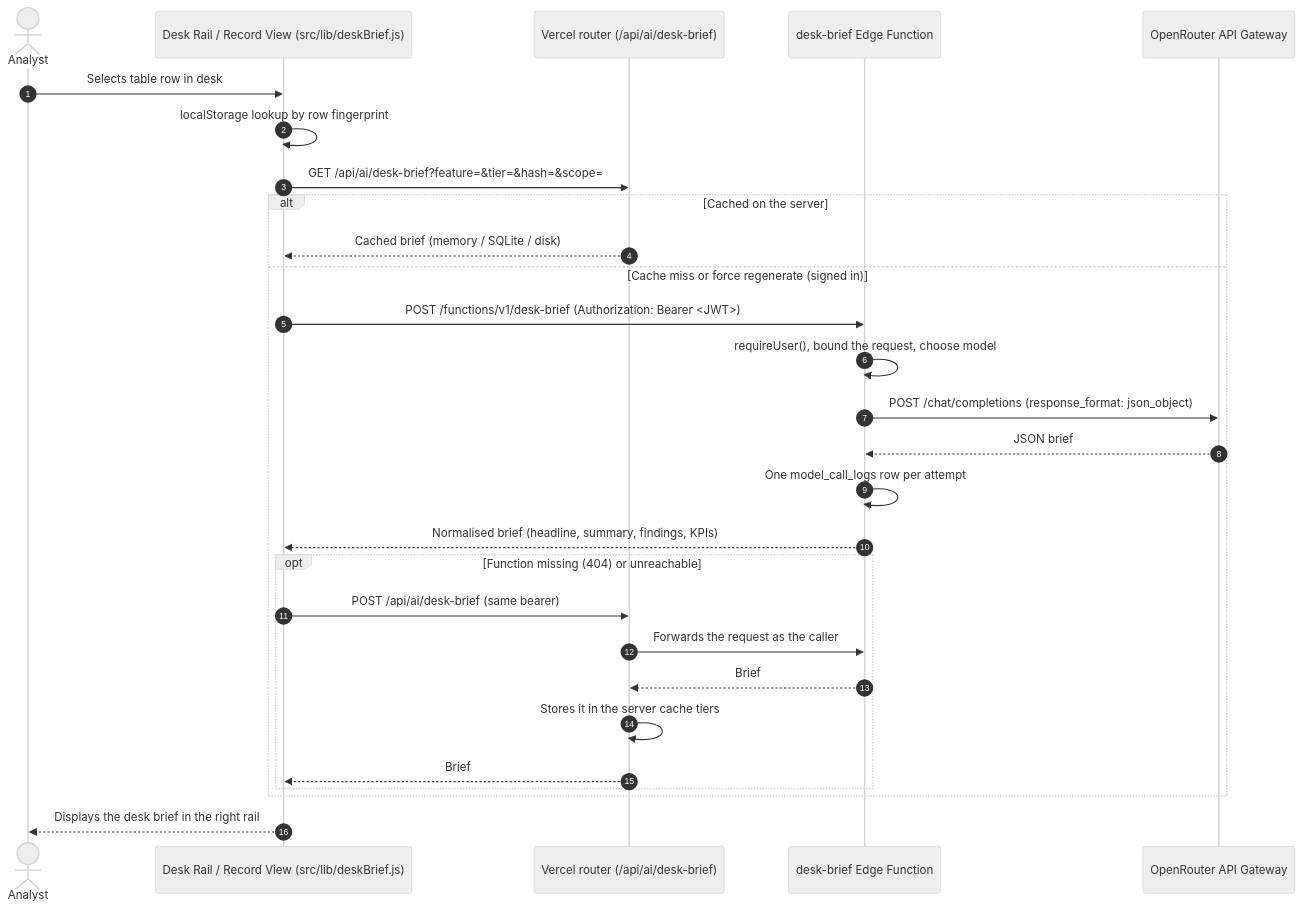
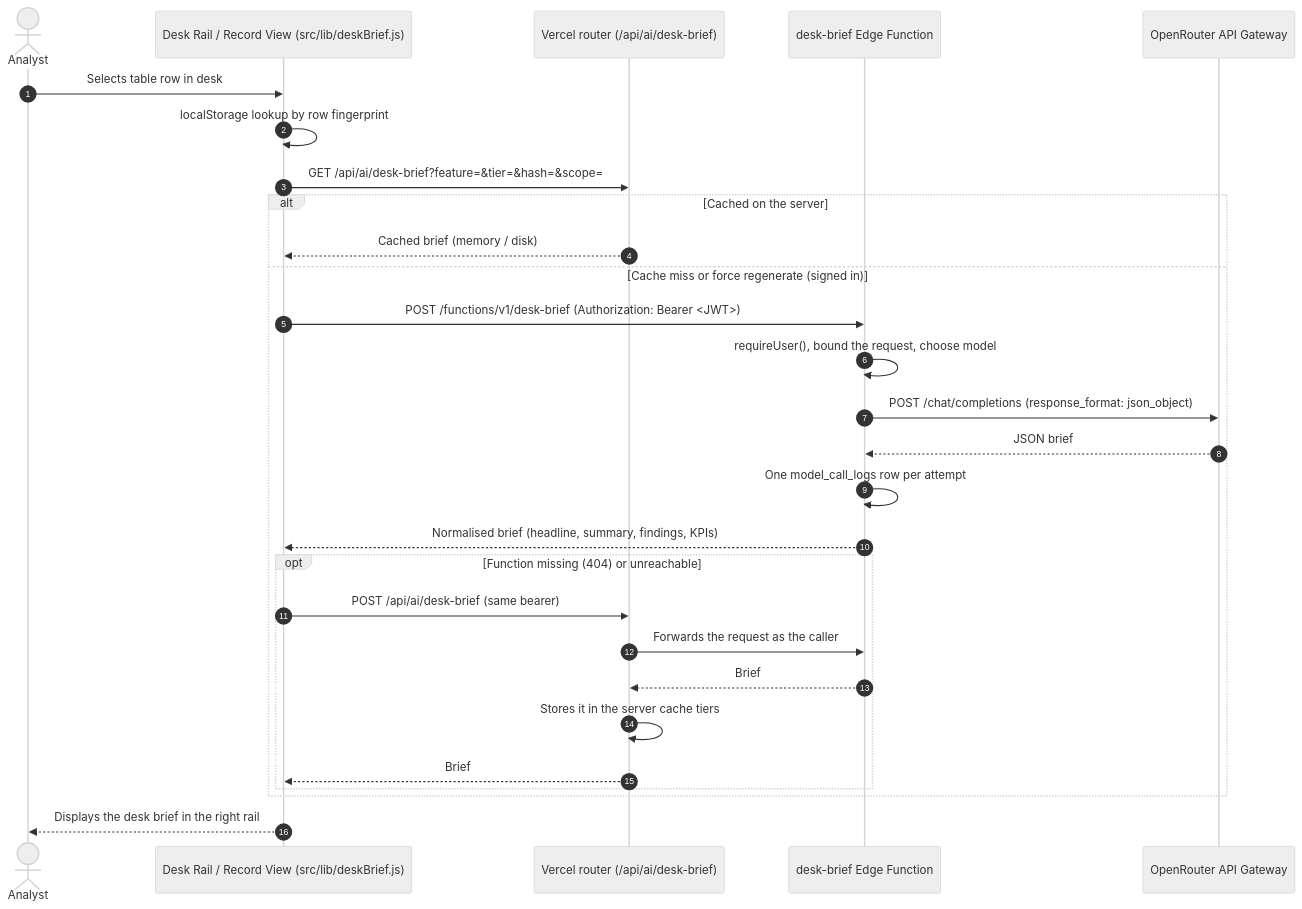
The third of 8 diagrams in docs/flow.md (ddllabs/niyantran), drawn with Mermaid (neutral theme) before and after one commit. The commit also changed other lines of this file and 21 other files, not shown here.

Commit message:
docs: reconcile current architecture and shipped work

````diff
--- a/docs/flow.md
+++ b/docs/flow.md
@@ -117,31 +117,31 @@
 ```mermaid
 sequenceDiagram
     autonumber
     actor Analyst as Analyst
     participant Frontend as Desk Rail / Record View (src/lib/deskBrief.js)
     participant Router as Vercel router (/api/ai/desk-brief)
     participant Edge as desk-brief Edge Function
     participant OpenRouter as OpenRouter API Gateway
 
     Analyst->>Frontend: Selects table row in desk
     Frontend->>Frontend: localStorage lookup by row fingerprint
     Frontend->>Router: GET /api/ai/desk-brief?feature=&tier=&hash=&scope=
     alt Cached on the server
-        Router-->>Frontend: Cached brief (memory / SQLite / disk)
+        Router-->>Frontend: Cached brief (memory / disk)
     else Cache miss or force regenerate (signed in)
         Frontend->>Edge: POST /functions/v1/desk-brief (Authorization: Bearer <JWT>)
         Edge->>Edge: requireUser(), bound the request, choose model
         Edge->>OpenRouter: POST /chat/completions (response_format: json_object)
         OpenRouter-->>Edge: JSON brief
         Edge->>Edge: One model_call_logs row per attempt
         Edge-->>Frontend: Normalised brief (headline, summary, findings, KPIs)
         opt Function missing (404) or unreachable
             Frontend->>Router: POST /api/ai/desk-brief (same bearer)
             Router->>Edge: Forwards the request as the caller
             Edge-->>Router: Brief
             Router->>Router: Stores it in the server cache tiers
             Router-->>Frontend: Brief
         end
     end
     Frontend-->>Analyst: Displays the desk brief in the right rail
 ```
````
